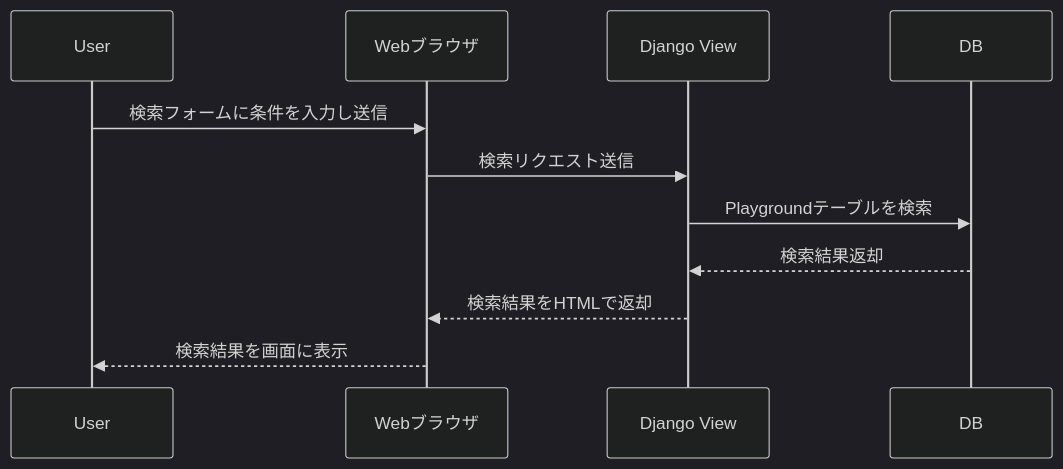
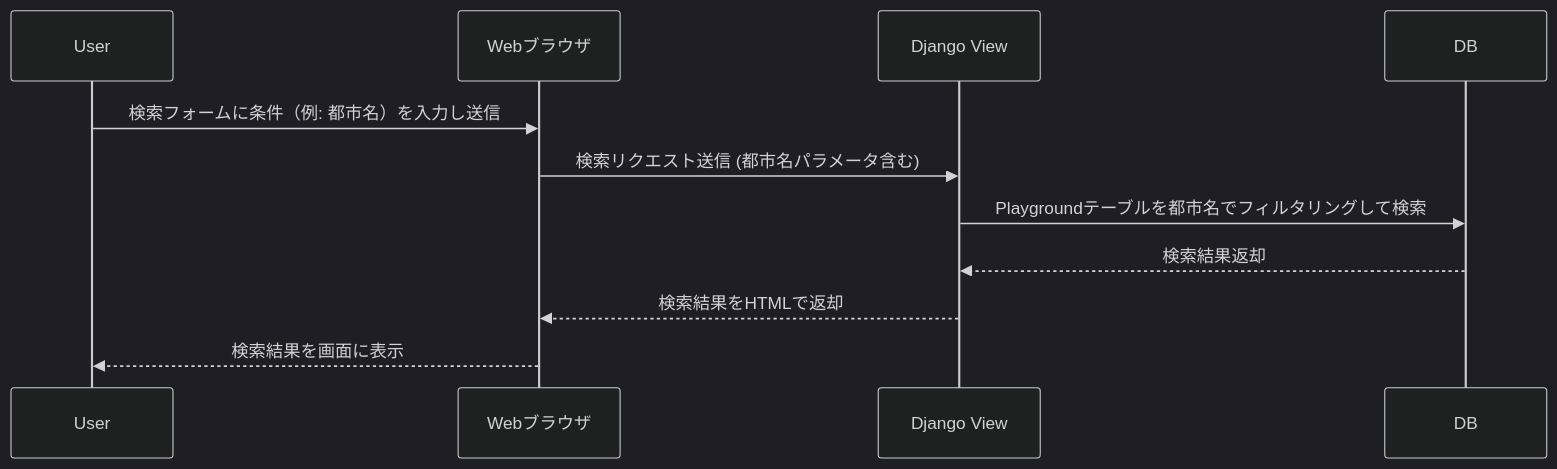
The third of 9 diagrams in docs/sequence.md (jam006097/kids-playground), drawn with Mermaid (dark theme) before and after one commit. The commit also changed 5 other files, not shown here.

````diff
--- a/docs/sequence.md
+++ b/docs/sequence.md
@@ -43,14 +43,14 @@
 ```mermaid
 sequenceDiagram
     participant User
     participant Web as Webブラウザ
     participant View as Django View
     participant DB as DB
 
-    User->>Web: 検索フォームに条件を入力し送信
-    Web->>View: 検索リクエスト送信
-    View->>DB: Playgroundテーブルを検索
+    User->>Web: 検索フォームに条件（例: 都市名）を入力し送信
+    Web->>View: 検索リクエスト送信 (都市名パラメータ含む)
+    View->>DB: Playgroundテーブルを都市名でフィルタリングして検索
     DB-->>View: 検索結果返却
     View-->>Web: 検索結果をHTMLで返却
     Web-->>User: 検索結果を画面に表示
 ```
````
